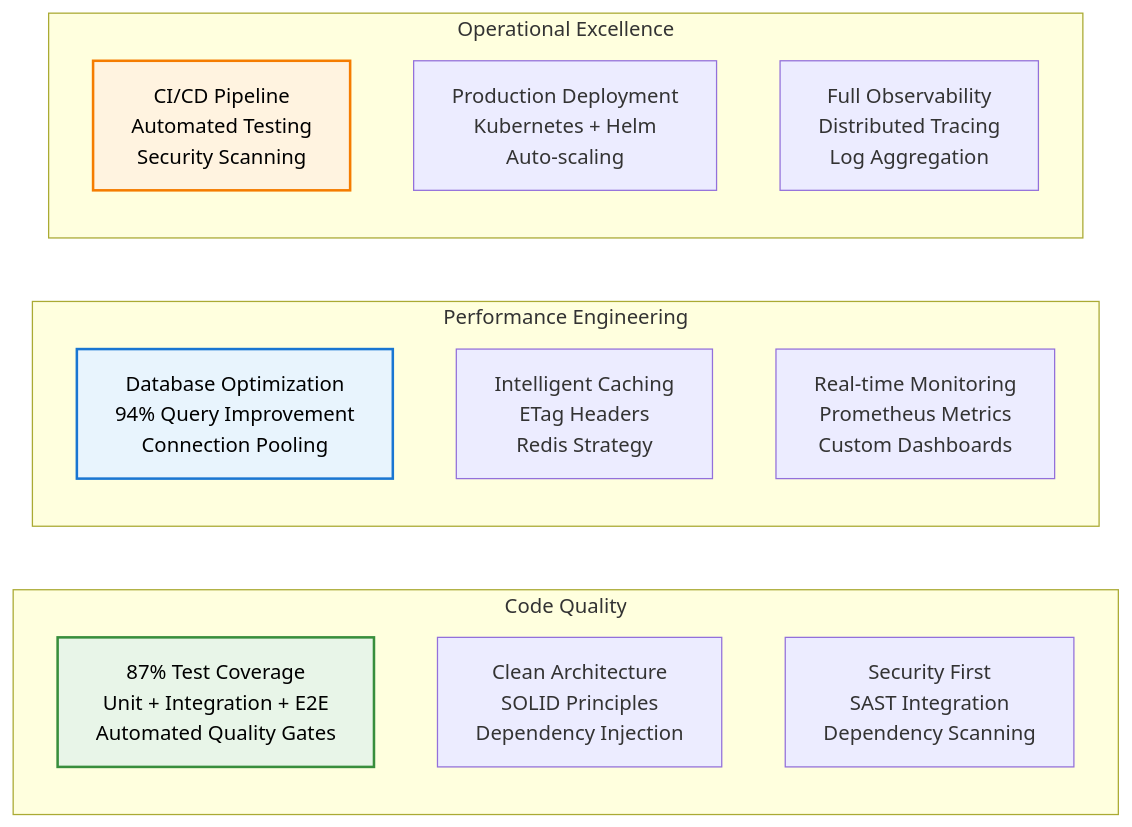
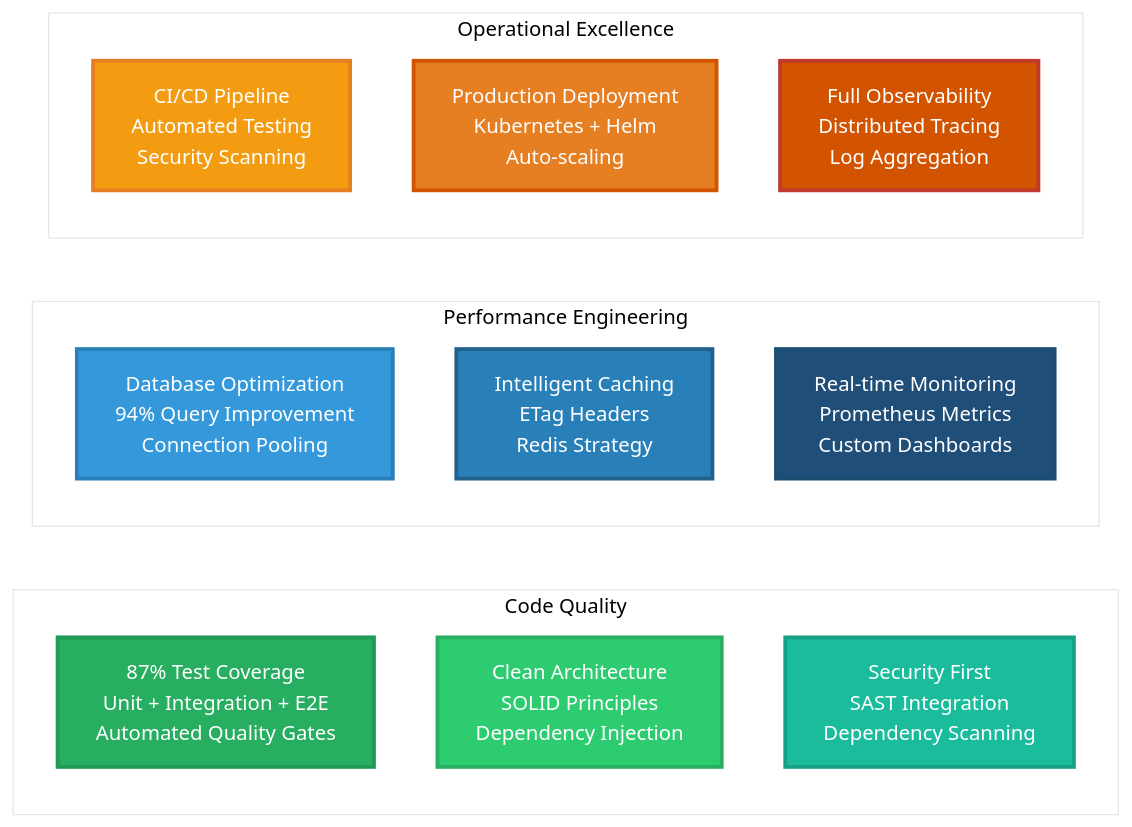
Before and after one commit to PriscillaOng12/AI-Code-Review-Squad: diagram 11 of 20 in README.md, drawn with Mermaid. The commit also changed other lines of this file, not shown here.

````diff
--- a/README.md
+++ b/README.md
@@ -325,24 +377,33 @@
 ```mermaid
+%%{init: {'theme': 'base', 'themeVariables': {'primaryColor': '#ffffff', 'primaryTextColor': '#2c3e50', 'primaryBorderColor': '#2c3e50', 'lineColor': '#34495e', 'secondaryColor': '#ffffff', 'tertiaryColor': '#ffffff', 'background': '#ffffff', 'mainBkg': '#ffffff', 'secondBkg': '#ffffff', 'tertiaryBkg': '#ffffff'}}}%%
 graph LR
     subgraph "Code Quality"
         COVERAGE[87% Test Coverage<br/>Unit + Integration + E2E<br/>Automated Quality Gates]
         ARCHITECTURE[Clean Architecture<br/>SOLID Principles<br/>Dependency Injection]
         SECURITY[Security First<br/>SAST Integration<br/>Dependency Scanning]
     end
     
     subgraph "Performance Engineering"  
         OPTIMIZATION[Database Optimization<br/>94% Query Improvement<br/>Connection Pooling]
         CACHING[Intelligent Caching<br/>ETag Headers<br/>Redis Strategy]
         MONITORING[Real-time Monitoring<br/>Prometheus Metrics<br/>Custom Dashboards]
     end
     
     subgraph "Operational Excellence"
         CICD[CI/CD Pipeline<br/>Automated Testing<br/>Security Scanning]
         DEPLOY[Production Deployment<br/>Kubernetes + Helm<br/>Auto-scaling]
         OBSERVABILITY[Full Observability<br/>Distributed Tracing<br/>Log Aggregation]
     end
     
-    style COVERAGE fill:#e8f5e8,stroke:#388e3c,stroke-width:2px,color:#000000
-    style OPTIMIZATION fill:#e8f4fd,stroke:#1976d2,stroke-width:2px,color:#000000
-    style CICD fill:#fff3e0,stroke:#f57c00,stroke-width:2px,color:#000000
+    style COVERAGE fill:#27ae60,stroke:#229954,stroke-width:3px,color:#ffffff
+    style ARCHITECTURE fill:#2ecc71,stroke:#27ae60,stroke-width:3px,color:#ffffff
+    style SECURITY fill:#1abc9c,stroke:#16a085,stroke-width:3px,color:#ffffff
+    
+    style OPTIMIZATION fill:#3498db,stroke:#2980b9,stroke-width:3px,color:#ffffff
+    style CACHING fill:#2980b9,stroke:#21618c,stroke-width:3px,color:#ffffff
+    style MONITORING fill:#1f4e79,stroke:#1b4f72,stroke-width:3px,color:#ffffff
+    
+    style CICD fill:#f39c12,stroke:#e67e22,stroke-width:3px,color:#ffffff
+    style DEPLOY fill:#e67e22,stroke:#d35400,stroke-width:3px,color:#ffffff
+    style OBSERVABILITY fill:#d35400,stroke:#c0392b,stroke-width:3px,color:#ffffff
 ```
````
